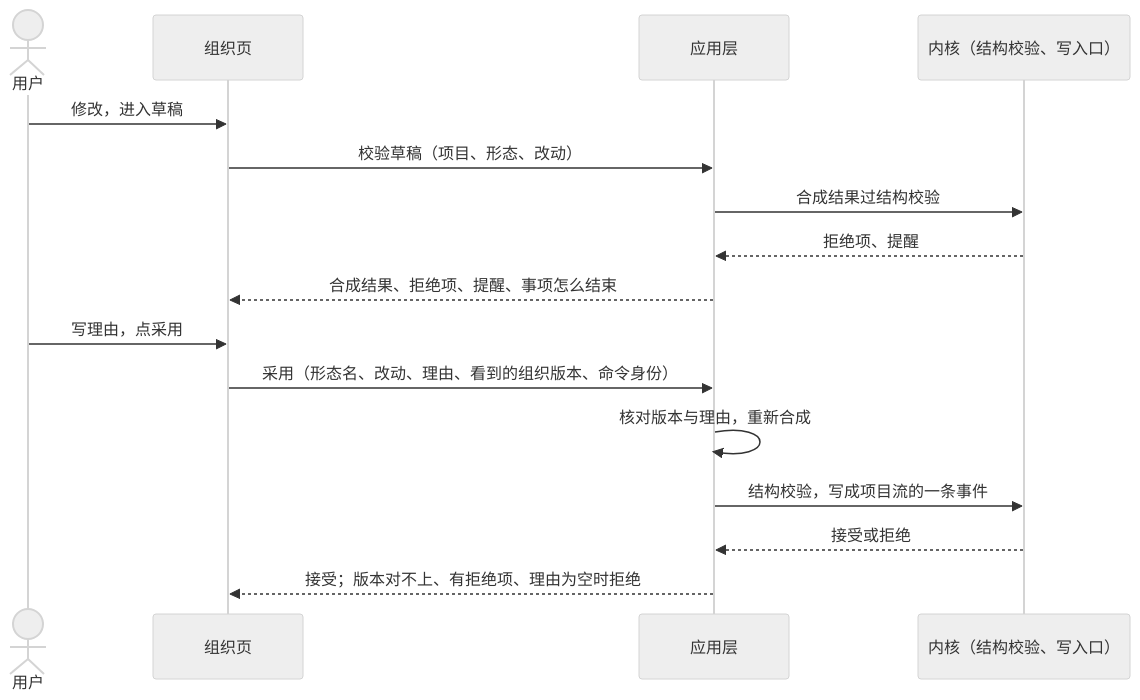
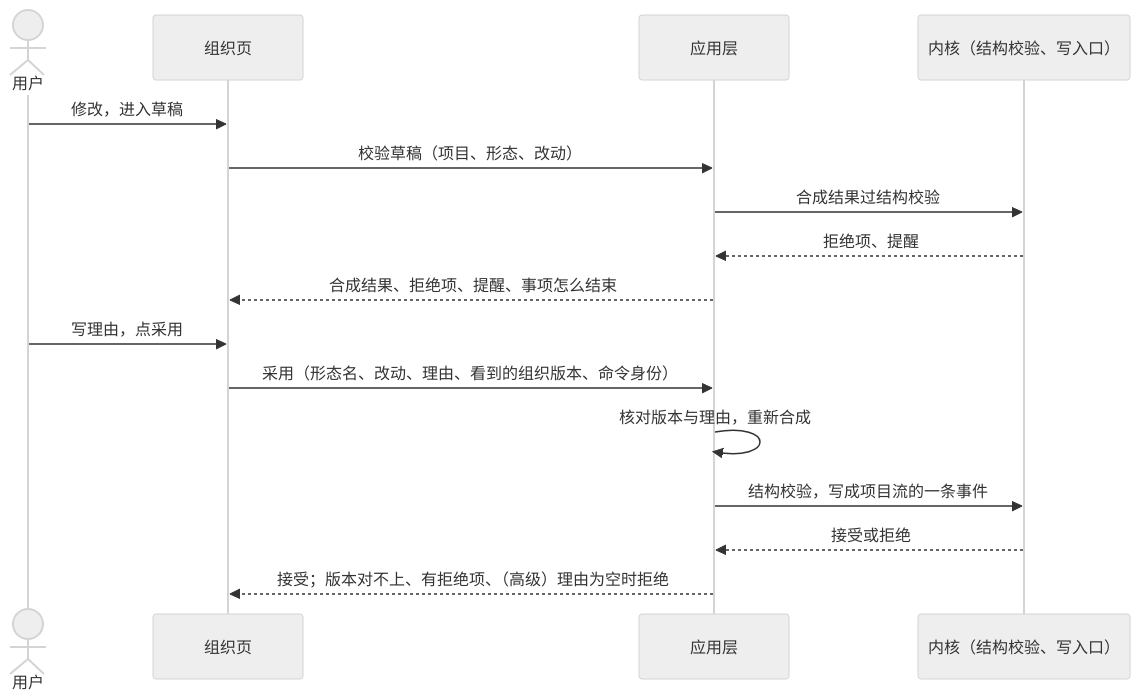
The third of 3 diagrams in docs/design/project-organization.md (bender2333/yudao), drawn with Mermaid (neutral theme) before and after one commit. The commit also changed other lines of this file and 7 other files, not shown here.

````diff
--- a/docs/design/project-organization.md
+++ b/docs/design/project-organization.md
@@ -191,18 +198,18 @@
 ```mermaid
 sequenceDiagram
   actor U as 用户
   participant P as 组织页
   participant A as 应用层
   participant K as 内核（结构校验、写入口）
   U->>P: 修改，进入草稿
   P->>A: 校验草稿（项目、形态、改动）
   A->>K: 合成结果过结构校验
   K-->>A: 拒绝项、提醒
   A-->>P: 合成结果、拒绝项、提醒、事项怎么结束
   U->>P: 写理由，点采用
   P->>A: 采用（形态名、改动、理由、看到的组织版本、命令身份）
   A->>A: 核对版本与理由，重新合成
   A->>K: 结构校验，写成项目流的一条事件
   K-->>A: 接受或拒绝
-  A-->>P: 接受；版本对不上、有拒绝项、理由为空时拒绝
+  A-->>P: 接受；版本对不上、有拒绝项、（高级）理由为空时拒绝
 ```
````
